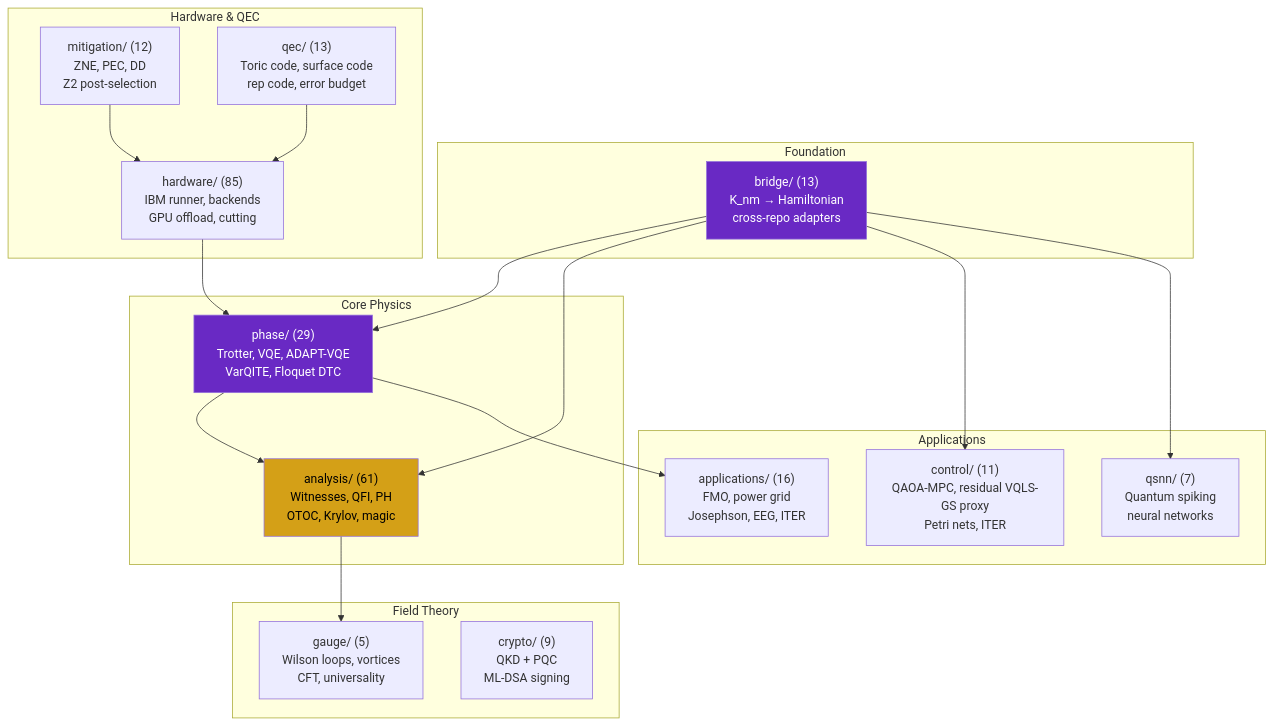
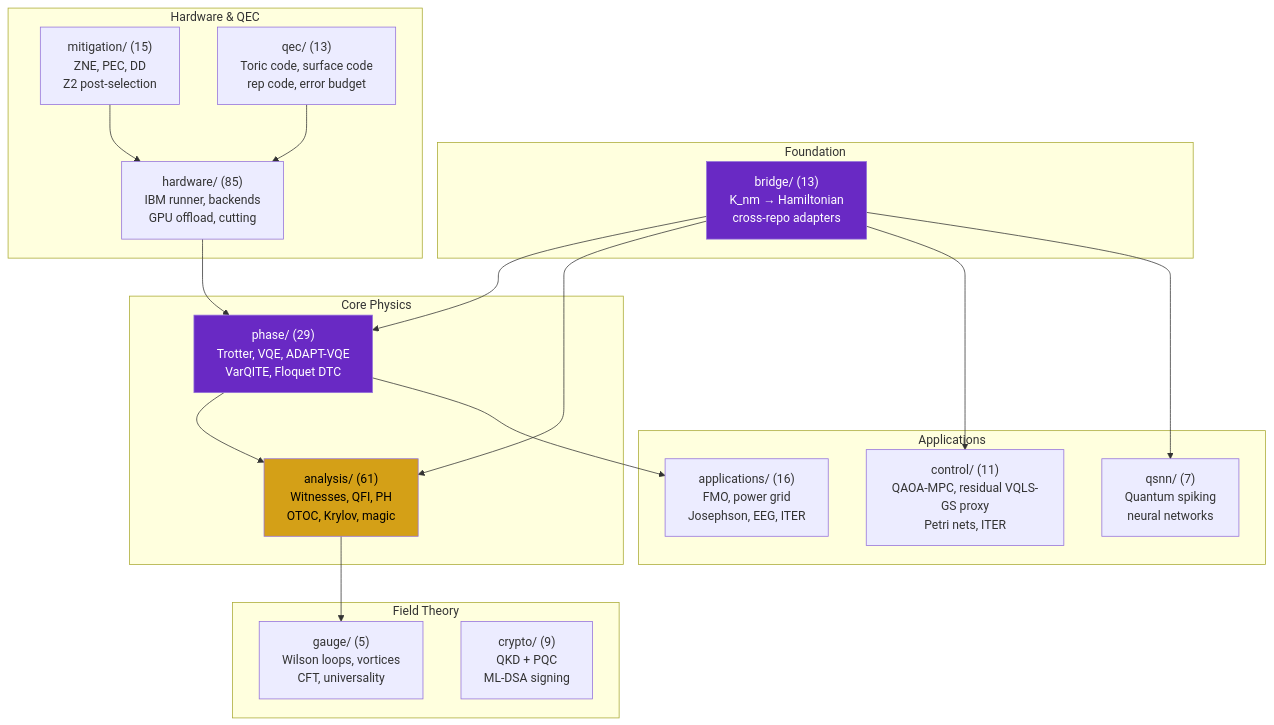
Before and after one commit to anulum/scpn-quantum-control: the first of 2 diagrams in README.md, drawn with Mermaid. The commit also changed other lines of this file and 18 other files, not shown here.

````diff
--- a/README.md
+++ b/README.md
@@ -727,43 +728,43 @@
 ```mermaid
 graph TD
     subgraph Foundation
         bridge["bridge/ (13)\nK_nm → Hamiltonian\ncross-repo adapters"]
     end
 
     subgraph "Core Physics"
         phase["phase/ (29)\nTrotter, VQE, ADAPT-VQE\nVarQITE, Floquet DTC"]
         analysis["analysis/ (61)\nWitnesses, QFI, PH\nOTOC, Krylov, magic"]
     end
 
     subgraph "Applications"
         control["control/ (11)\nQAOA-MPC, residual VQLS-GS proxy\nPetri nets, ITER"]
         qsnn["qsnn/ (7)\nQuantum spiking\nneural networks"]
         apps["applications/ (16)\nFMO, power grid\nJosephson, EEG, ITER"]
     end
 
     subgraph "Hardware & QEC"
         hw["hardware/ (85)\nIBM runner, backends\nGPU offload, cutting"]
-        mit["mitigation/ (12)\nZNE, PEC, DD\nZ2 post-selection"]
+        mit["mitigation/ (15)\nZNE, PEC, DD\nZ2 post-selection"]
         qec["qec/ (13)\nToric code, surface code\nrep code, error budget"]
     end
 
     subgraph "Field Theory"
         gauge["gauge/ (5)\nWilson loops, vortices\nCFT, universality"]
         crypto["crypto/ (9)\nQKD + PQC\nML-DSA signing"]
     end
 
     bridge --> phase
     bridge --> analysis
     bridge --> control
     bridge --> qsnn
     phase --> analysis
     phase --> apps
     hw --> phase
     mit --> hw
     qec --> hw
     analysis --> gauge
 
     style bridge fill:#6929C4,color:#fff
     style analysis fill:#d4a017,color:#000
     style phase fill:#6929C4,color:#fff
 ```
````
